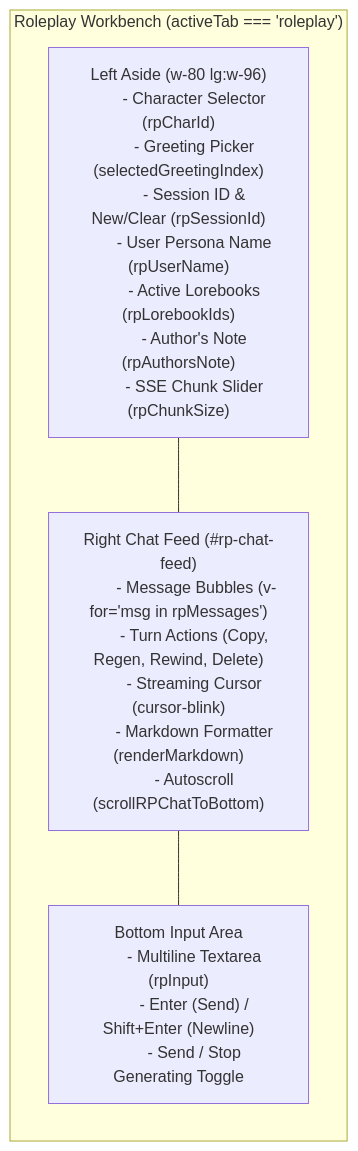
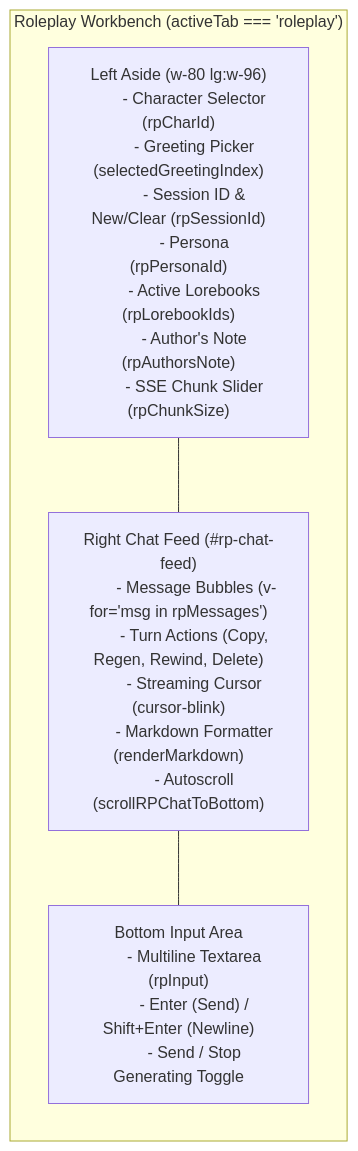
The second of 3 diagrams in .agents/skills/story-rp-frontend/references/ui-components-and-modes.md (tangcc35/slm-vlm-post-training), drawn with Mermaid before and after one commit. The commit also changed other lines of this file and 5 other files, not shown here.

````diff
--- a/.agents/skills/story-rp-frontend/references/ui-components-and-modes.md
+++ b/.agents/skills/story-rp-frontend/references/ui-components-and-modes.md
@@ -65,26 +65,26 @@
 ```mermaid
 flowchart LR
     subgraph RoleplayTab["Roleplay Workbench (activeTab === 'roleplay')"]
         direction TB
         Sidebar["Left Aside (w-80 lg:w-96)
         - Character Selector (rpCharId)
         - Greeting Picker (selectedGreetingIndex)
         - Session ID & New/Clear (rpSessionId)
-        - User Persona Name (rpUserName)
+        - Persona (rpPersonaId)
         - Active Lorebooks (rpLorebookIds)
         - Author's Note (rpAuthorsNote)
         - SSE Chunk Slider (rpChunkSize)"]
         ChatFeed["Right Chat Feed (#rp-chat-feed)
         - Message Bubbles (v-for='msg in rpMessages')
         - Turn Actions (Copy, Regen, Rewind, Delete)
         - Streaming Cursor (cursor-blink)
         - Markdown Formatter (renderMarkdown)
         - Autoscroll (scrollRPChatToBottom)"]
         InputBar["Bottom Input Area
         - Multiline Textarea (rpInput)
         - Enter (Send) / Shift+Enter (Newline)
         - Send / Stop Generating Toggle"]
         Sidebar --- ChatFeed
         ChatFeed --- InputBar
     end
 ```
````
